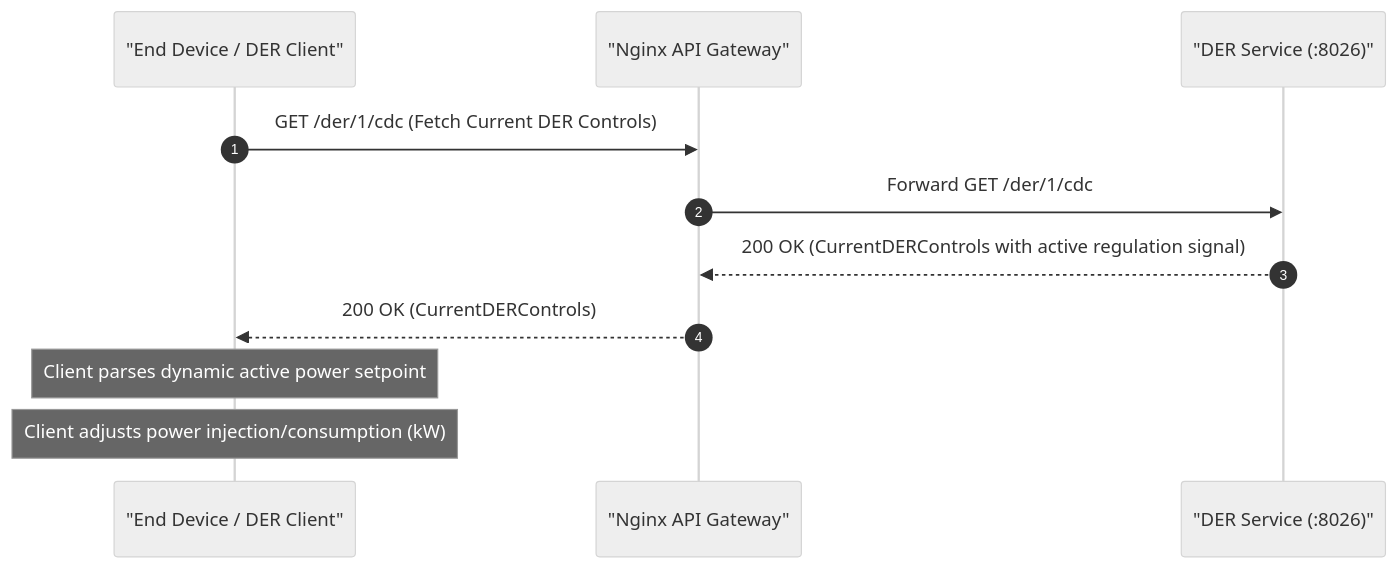
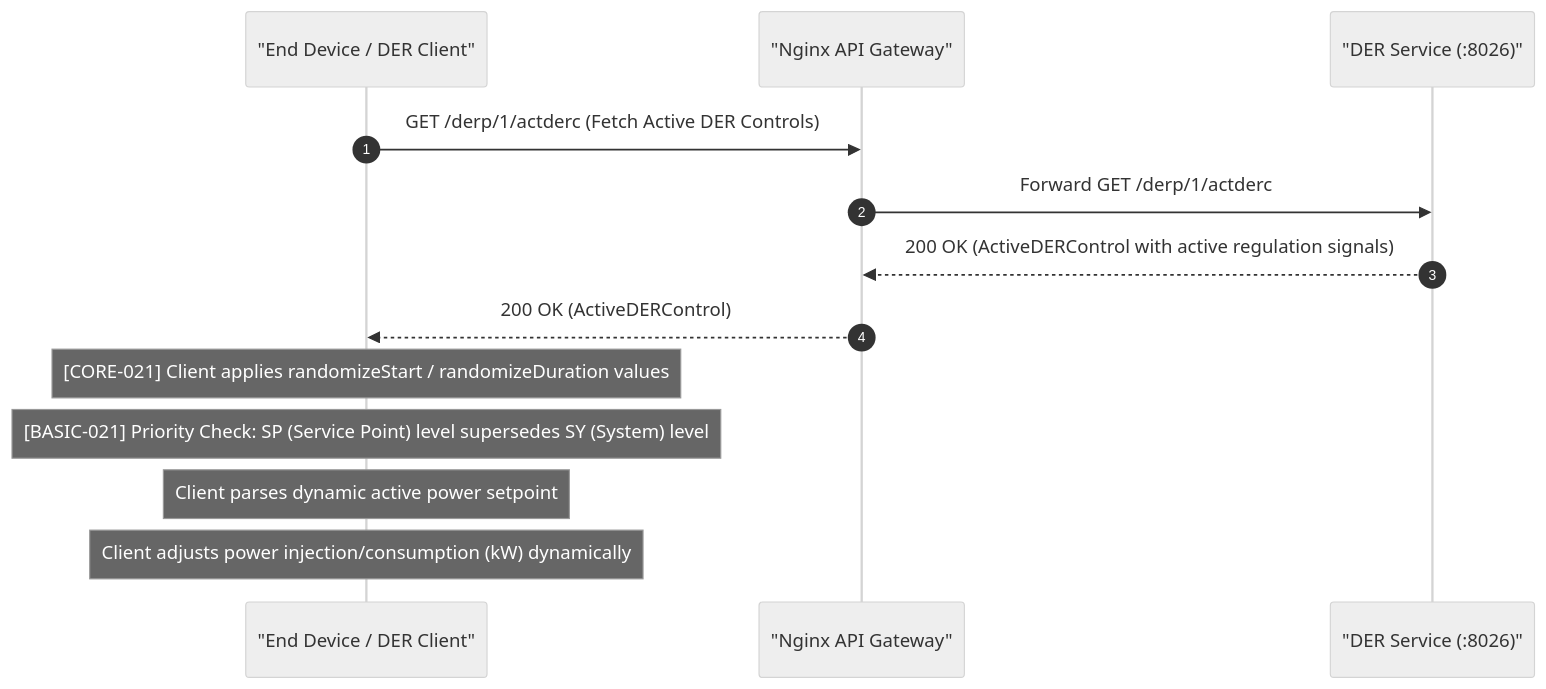
Before and after one commit to Tylores/egot: the fourth of 6 diagrams in lifecycles/regulation.md, drawn with Mermaid (neutral theme). The commit also changed other lines of this file and 68 other files, not shown here.

Commit message:
refactor: migrate to microservices architecture, add validation tools and scenario tests

````diff
--- a/lifecycles/regulation.md
+++ b/lifecycles/regulation.md
@@ -67,15 +105,17 @@
 ```mermaid
 sequenceDiagram
     autonumber
     participant Client as "End Device / DER Client"
     participant GW as "Nginx API Gateway"
     participant DER as "DER Service (:8026)"
 
-    Client->>GW: GET /der/1/cdc (Fetch Current DER Controls)
-    GW->>DER: Forward GET /der/1/cdc
-    DER-->>GW: 200 OK (CurrentDERControls with active regulation signal)
-    GW-->>Client: 200 OK (CurrentDERControls)
+    Client->>GW: GET /derp/1/actderc (Fetch Active DER Controls)
+    GW->>DER: Forward GET /derp/1/actderc
+    DER-->>GW: 200 OK (ActiveDERControl with active regulation signals)
+    GW-->>Client: 200 OK (ActiveDERControl)
 
+    Note over Client: [CORE-021] Client applies randomizeStart / randomizeDuration values
+    Note over Client: [BASIC-021] Priority Check: SP (Service Point) level supersedes SY (System) level
     Note over Client: Client parses dynamic active power setpoint
-    Note over Client: Client adjusts power injection/consumption (kW)
+    Note over Client: Client adjusts power injection/consumption (kW) dynamically
 ```
````
